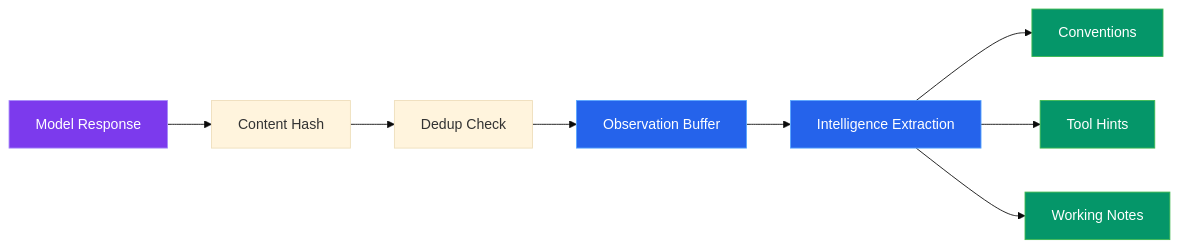
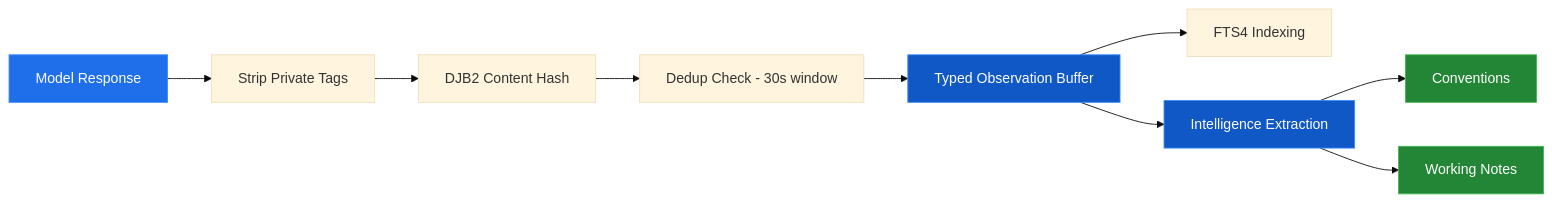
Before and after one commit to GittyHarsha/ContextManager: the second of 5 diagrams in docs/architecture/overview.md, drawn with Mermaid (base theme). The commit also changed other lines of this file and 86 other files, not shown here.

```diff
--- a/docs/architecture/overview.md
+++ b/docs/architecture/overview.md
@@ -115,17 +105,17 @@
 <pre class="mermaid">
 graph LR
-    A[Model Response] --> B[Content Hash]
-    B --> C[Dedup Check]
-    C --> D[Observation Buffer]
-    D --> E[Intelligence Extraction]
-    E --> F[Conventions]
-    E --> G[Tool Hints]
-    E --> H[Working Notes]
+    A[Model Response] --> B[Strip Private Tags]
+    B --> C[DJB2 Content Hash]
+    C --> D[Dedup Check - 30s window]
+    D --> E[Typed Observation Buffer]
+    E --> F[FTS4 Indexing]
+    E --> G[Intelligence Extraction]
+    G --> H[Conventions]
+    G --> I[Working Notes]
 
-    style A fill:#7c3aed,stroke:#a78bfa,color:#fff
-    style D fill:#2563eb,stroke:#58a6ff,color:#fff
-    style E fill:#2563eb,stroke:#58a6ff,color:#fff
-    style F fill:#059669,stroke:#3fb950,color:#fff
-    style G fill:#059669,stroke:#3fb950,color:#fff
-    style H fill:#059669,stroke:#3fb950,color:#fff
+    style A fill:#1f6feb,stroke:#388bfd,color:#fff
+    style E fill:#1158c7,stroke:#388bfd,color:#fff
+    style G fill:#1158c7,stroke:#388bfd,color:#fff
+    style H fill:#238636,stroke:#3fb950,color:#fff
+    style I fill:#238636,stroke:#3fb950,color:#fff
 </pre>
```
